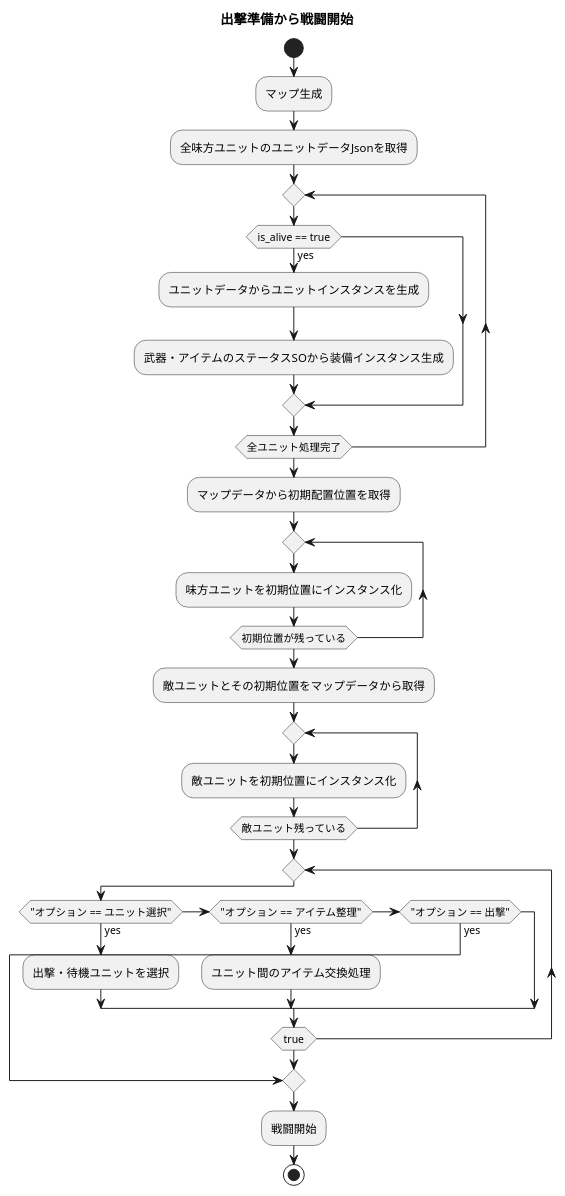
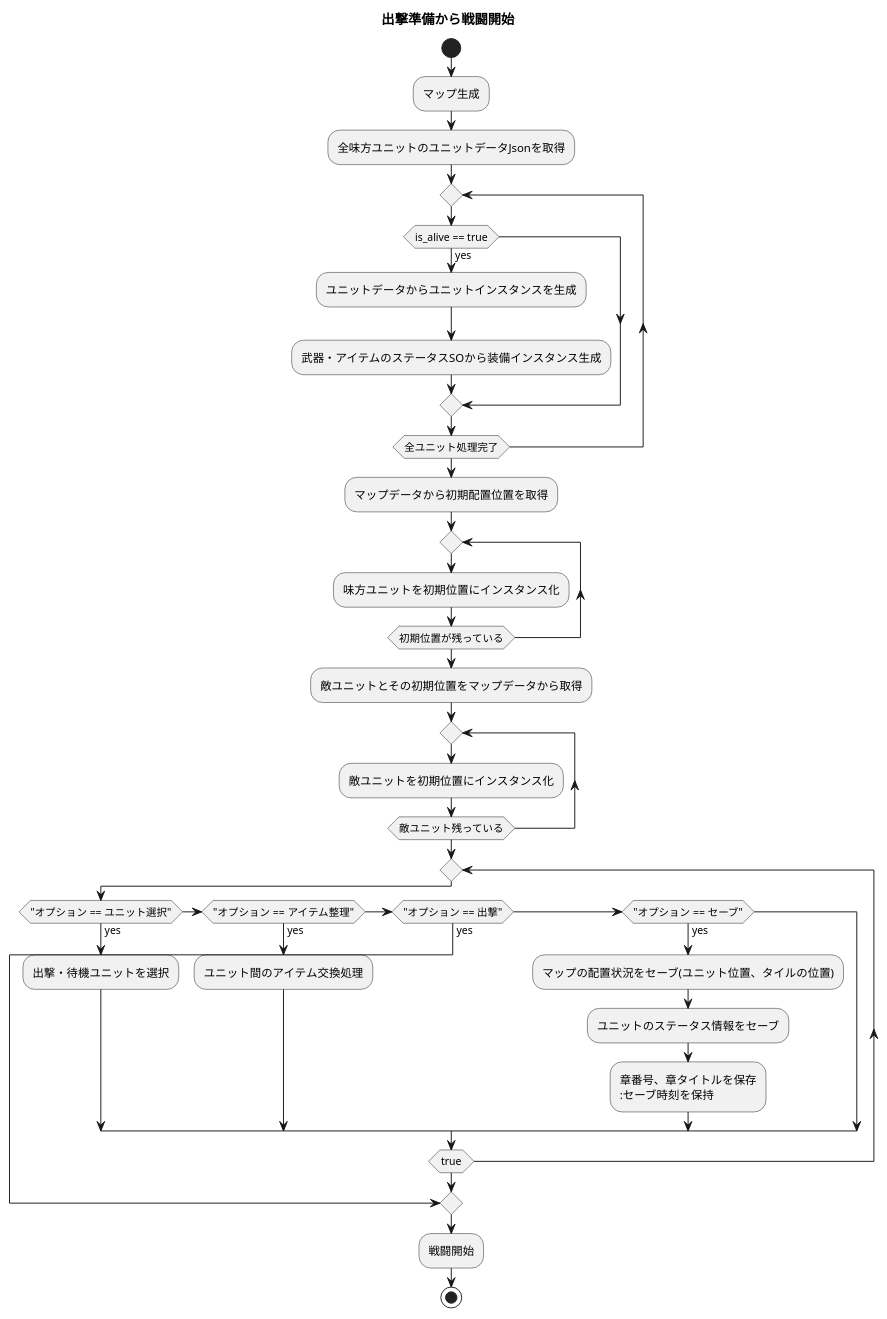
The diagram in Docs/uml/prepare/activity.pu (BeppuKanato/2D_SRPG), drawn with PlantUML before and after one commit. The commit also changed 4 other files, not shown here.

```diff
--- a/Docs/uml/prepare/activity.pu
+++ b/Docs/uml/prepare/activity.pu
@@ -1,36 +1,41 @@
 @startuml prepare
 title 出撃準備から戦闘開始
 
 start
 :マップ生成;
 :全味方ユニットのユニットデータJsonを取得;
 repeat
     if (is_alive == true) then (yes)
         :ユニットデータからユニットインスタンスを生成;
         :武器・アイテムのステータスSOから装備インスタンス生成;
     endif
 repeat while (全ユニット処理完了)
 
 :マップデータから初期配置位置を取得;
 repeat
     :味方ユニットを初期位置にインスタンス化;
 repeat while (初期位置が残っている)
 
 :敵ユニットとその初期位置をマップデータから取得;
 repeat
     :敵ユニットを初期位置にインスタンス化;
 repeat while (敵ユニット残っている)
 
 repeat
     if ("オプション == ユニット選択") then (yes)
         :出撃・待機ユニットを選択;
     elseif ("オプション == アイテム整理") then (yes)
         :ユニット間のアイテム交換処理;
     elseif ("オプション == 出撃") then (yes)
         break
+    elseif ("オプション == セーブ") then (yes)
+        :マップの配置状況をセーブ(ユニット位置、タイルの位置); 
+        :ユニットのステータス情報をセーブ;
+        :章番号、章タイトルを保存
+        :セーブ時刻を保持;
     endif
 repeat while (true)
 
 :戦闘開始;
 stop
 @enduml
```
